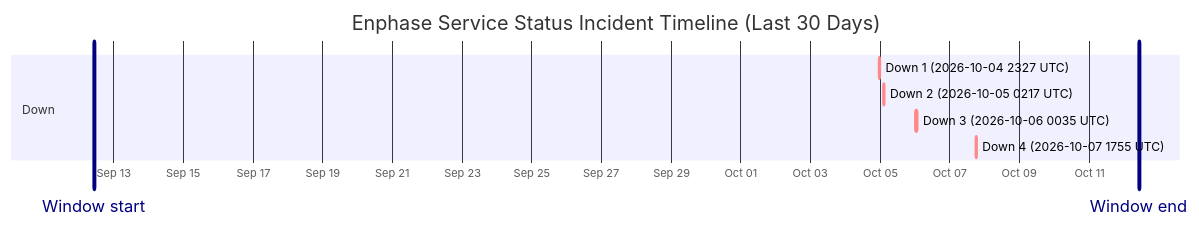
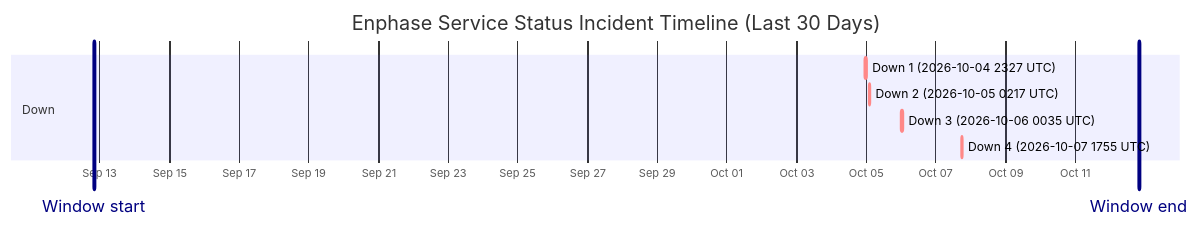
The diagram in wiki/Service-Status-History.md (barneyonline/ha-enphase-energy), drawn with Mermaid before and after one commit. The commit also changed other lines of this file and 3 other files, not shown here.

````diff
--- a/wiki/Service-Status-History.md
+++ b/wiki/Service-Status-History.md
@@ -14,13 +14,13 @@
 ```mermaid
 gantt
     title Enphase Service Status Incident Timeline (Last 30 Days)
     dateFormat  YYYY-MM-DDTHH:mm:ss
     axisFormat  %b %d
-    Window start :vert, window-start, 2026-09-12T10:14:52, 0ms
-    Window end :vert, window-end, 2026-10-12T10:14:52, 0ms
+    Window start :vert, window-start, 2026-09-12T19:55:41, 0ms
+    Window end :vert, window-end, 2026-10-12T19:55:41, 0ms
     section Down
     Down 1 (2026-10-04 2327 UTC) :crit, down-1, 2026-10-04T23:27:34, 60m
     Down 2 (2026-10-05 0217 UTC) :crit, down-2, 2026-10-05T02:17:30, 60m
     Down 3 (2026-10-06 0035 UTC) :crit, down-3, 2026-10-06T00:35:21, 60m
     Down 4 (2026-10-07 1755 UTC) :crit, down-4, 2026-10-07T17:55:16, 60m
 ```
````
